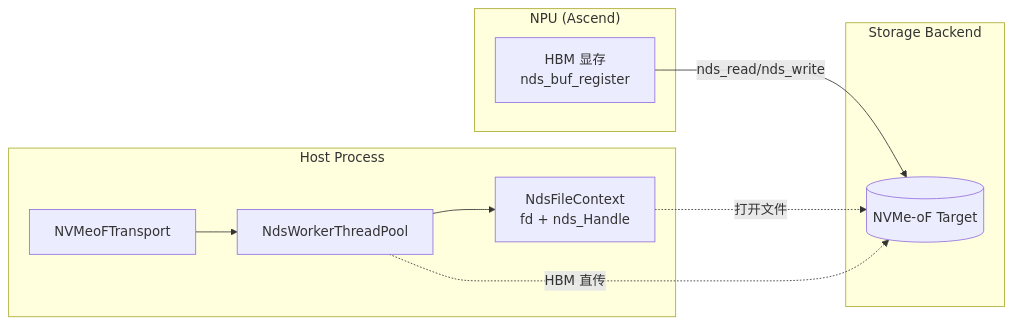
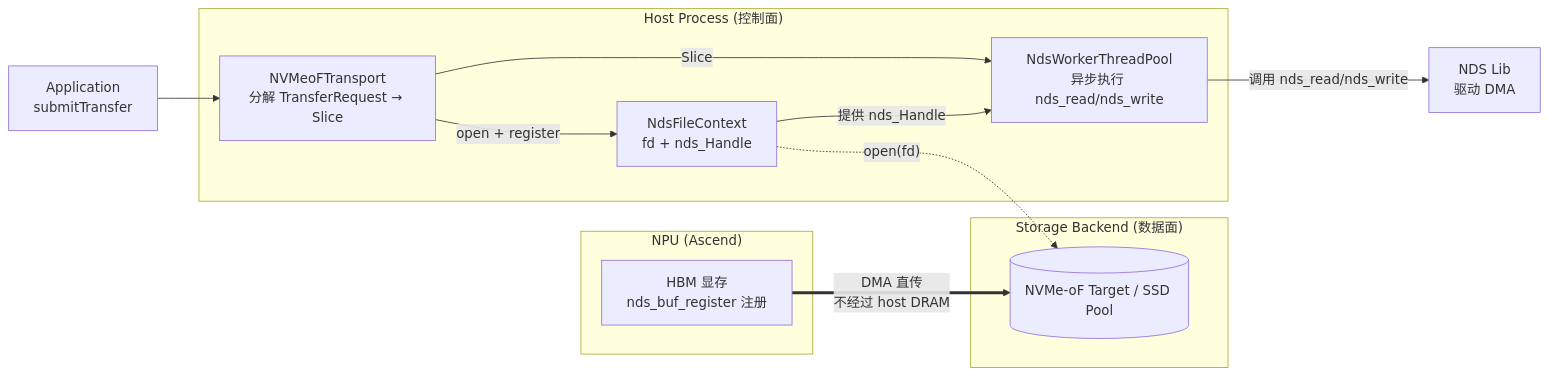
Before and after one commit to yz53665/Mooncake: the eighth of 8 diagrams in docs/rfc-nds-nvmeof-transport-cn.md, drawn with Mermaid. The commit also changed other lines of this file and 1 other file, not shown here.

Commit message:
修正rfc说明，新增GDS/NDS API对比

````diff
--- a/docs/rfc-nds-nvmeof-transport-cn.md
+++ b/docs/rfc-nds-nvmeof-transport-cn.md
@@ -284,20 +304,22 @@
 ```mermaid
 flowchart LR
     subgraph NPU["NPU (Ascend)"]
-        HBM[HBM 显存<br/>nds_buf_register]
+        HBM[HBM 显存<br/>nds_buf_register 注册]
     end
-    subgraph Host["Host Process"]
-        NVT[NVMeoFTransport]
-        TP[NdsWorkerThreadPool]
+    subgraph Host["Host Process (控制面)"]
+        NVT[NVMeoFTransport<br/>分解 TransferRequest → Slice]
+        TP[NdsWorkerThreadPool<br/>异步执行 nds_read/nds_write]
         Ctx[NdsFileContext<br/>fd + nds_Handle]
     end
-    subgraph Backend["Storage Backend"]
-        NVME[(NVMe-oF Target)]
+    subgraph Backend["Storage Backend (数据面)"]
+        NVME[(NVMe-oF Target / SSD Pool)]
     end
 
-    HBM -->|nds_read/nds_write| NVME
-    NVT --> TP
-    TP --> Ctx
-    Ctx -. 打开文件 .-> NVME
-    TP -. HBM 直传 .-> NVME
+    App[Application<br/>submitTransfer] --> NVT
+    NVT -->|Slice| TP
+    NVT -->|open + register| Ctx
+    Ctx -->|提供 nds_Handle| TP
+    Ctx -. open(fd) .-> NVME
+    TP -->|调用 nds_read/nds_write| NDS_API[NDS Lib<br/>驱动 DMA]
+    HBM ==>|DMA 直传<br/>不经过 host DRAM| NVME
 ```
````
